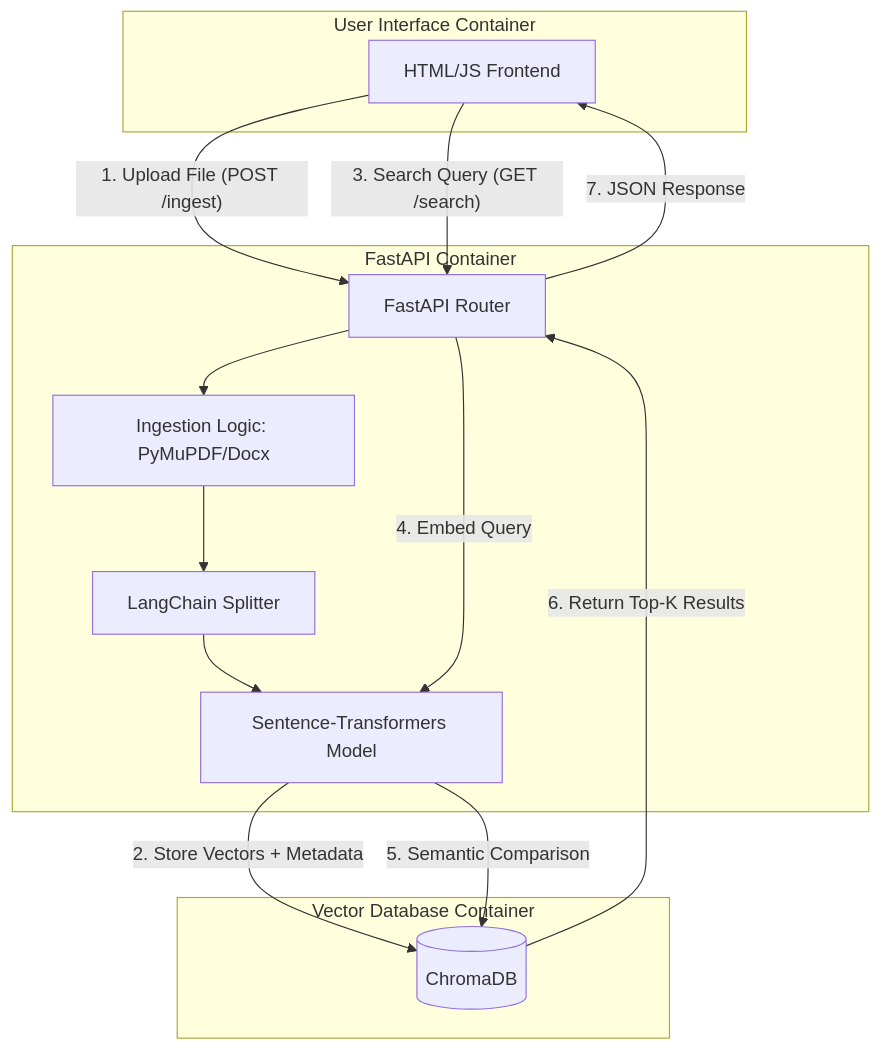
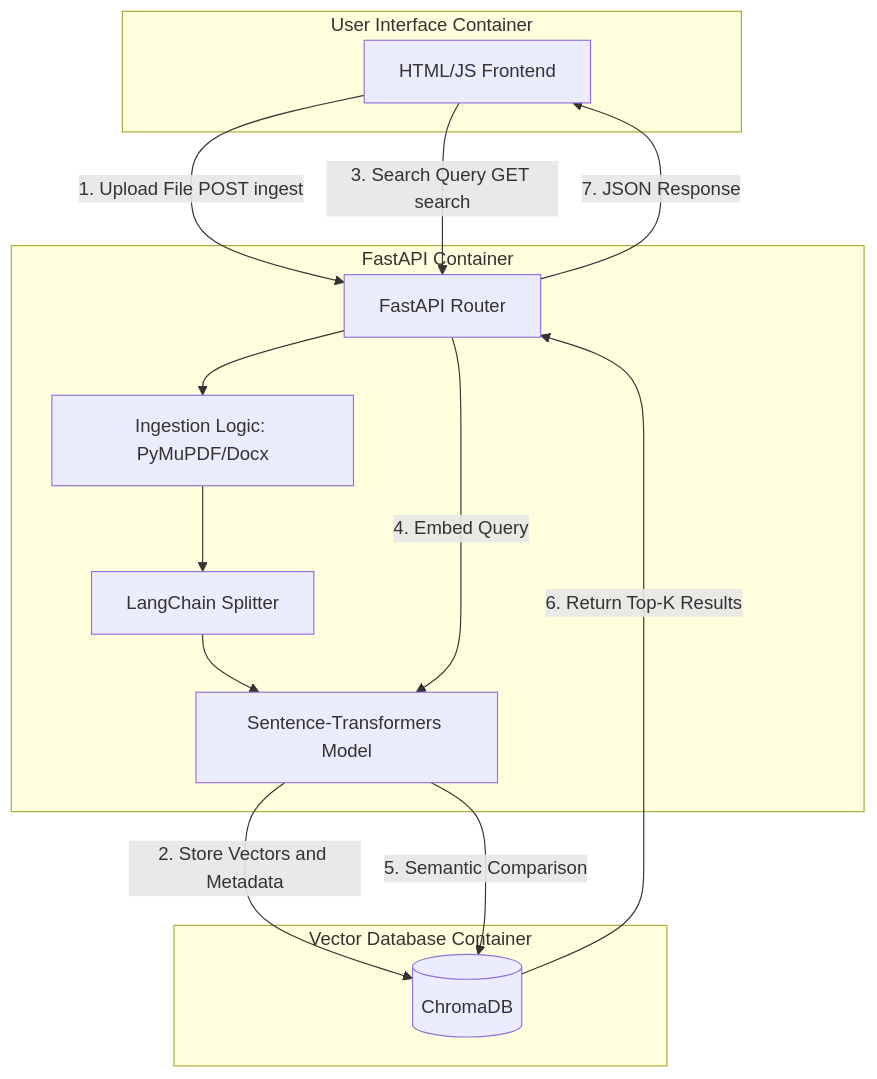
One commit to Eonloop/eonloop.github.io changed the diagram in content/projects/Semantic-Search/index.md. Above: the diagram before and after it, drawn with Mermaid.

Commit message:
Removed quotation marks from mermaid syntax

```diff
--- a/content/projects/Semantic-Search/index.md
+++ b/content/projects/Semantic-Search/index.md
@@ -114,27 +114,27 @@
 {{< mermaid >}}
 graph TD
     subgraph Client_Side [User Interface Container]
         UI[HTML/JS Frontend]
     end
 
     subgraph Backend_API [FastAPI Container]
         API[FastAPI Router]
         Ingestor[Ingestion Logic: PyMuPDF/Docx]
         Splitter[LangChain Splitter]
         Embedder[Sentence-Transformers Model]
     end
 
     subgraph Storage_Layer [Vector Database Container]
         DB[(ChromaDB)]
     end
 
-    UI -- "1. Upload File (POST /ingest)" --> API
+    UI -- 1. Upload File POST ingest --> API
     API --> Ingestor --> Splitter --> Embedder
-    Embedder -- "2. Store Vectors + Metadata" --> DB
+    Embedder -- 2. Store Vectors and Metadata --> DB
 
-    UI -- "3. Search Query (GET /search)" --> API
-    API -- "4. Embed Query" --> Embedder
-    Embedder -- "5. Semantic Comparison" --> DB
-    DB -- "6. Return Top-K Results" --> API
-    API -- "7. JSON Response" --> UI
+    UI -- 3. Search Query GET search --> API
+    API -- 4. Embed Query --> Embedder
+    Embedder -- 5. Semantic Comparison --> DB
+    DB -- 6. Return Top-K Results --> API
+    API -- 7. JSON Response --> UI
 {{< /mermaid >}}
```
